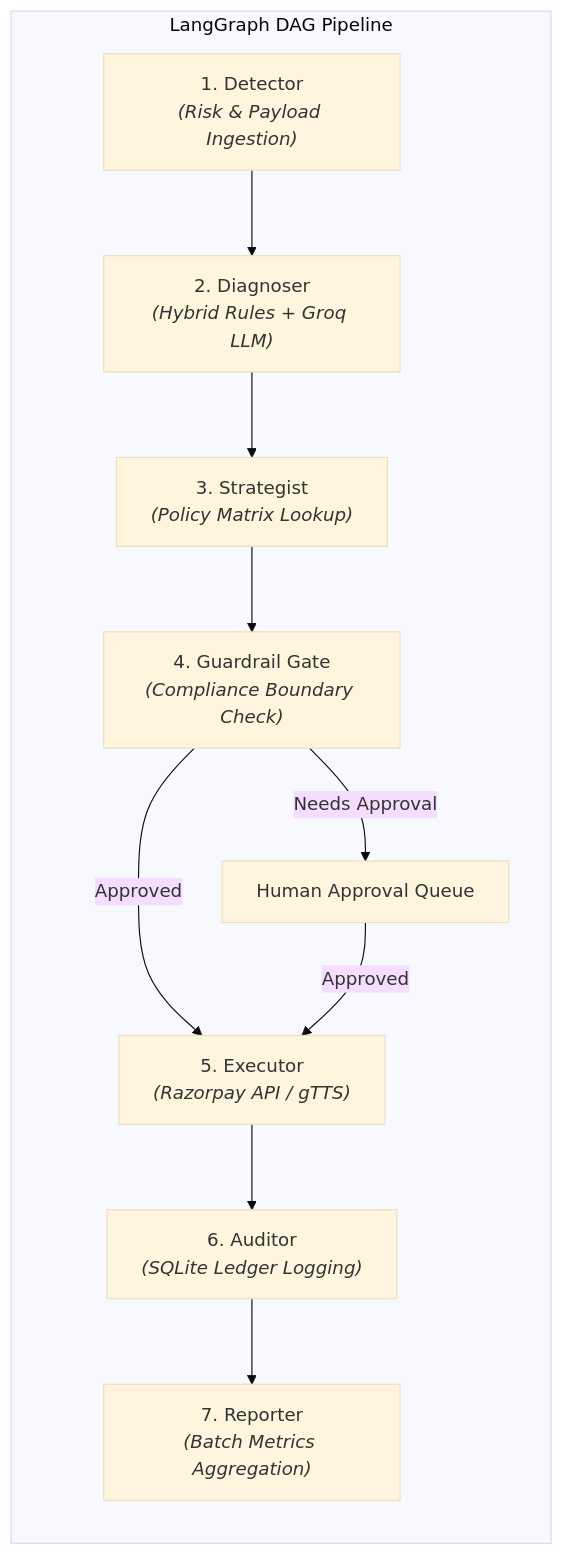
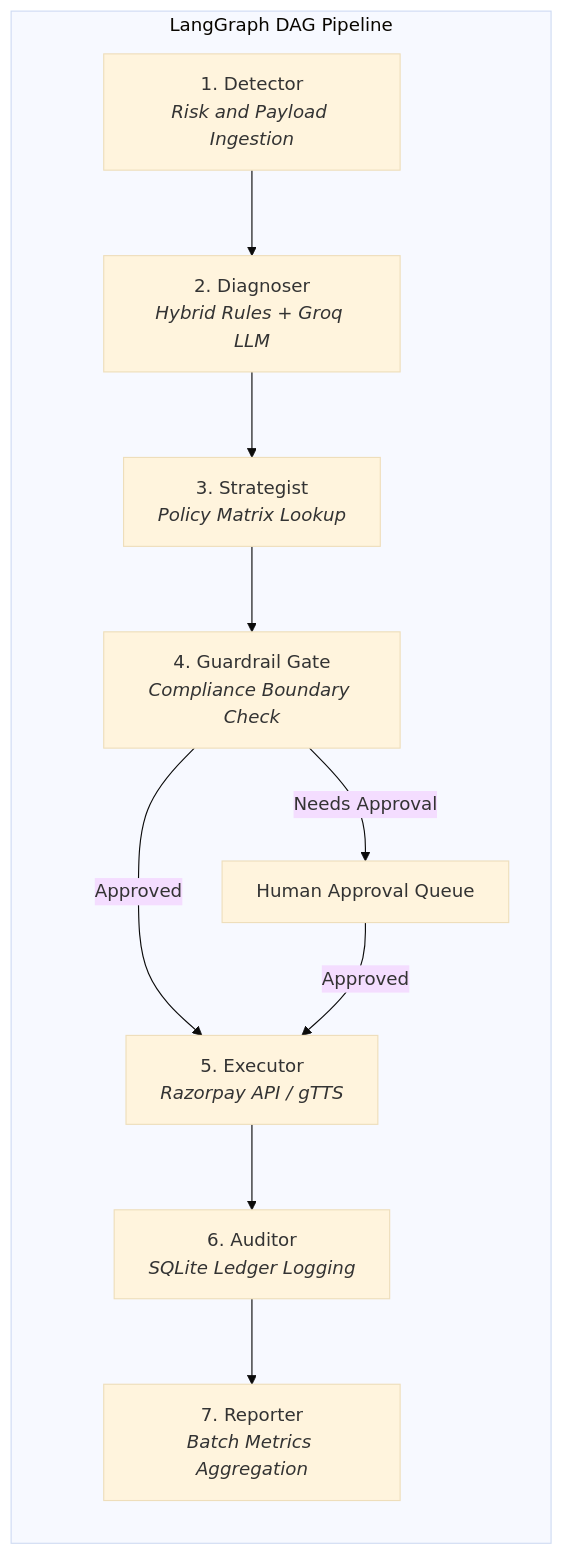
One commit to ankan123basu/vaapsi-agent changed the second of 4 diagrams in docs/architecture.md. Above: the diagram before and after it, drawn with Mermaid (base theme). The commit also changed other lines of this file and 1 other file, not shown here.

Commit message:
fix: resolve Mermaid diagram syntax errors and embed all 4 diagrams in README

````diff
--- a/docs/architecture.md
+++ b/docs/architecture.md
@@ -62,13 +62,13 @@
 ```mermaid
 graph LR
     subgraph LangGraph DAG Pipeline
-        N1["1. Detector<br/><i>(Risk & Payload Ingestion)</i>"] --> N2["2. Diagnoser<br/><i>(Hybrid Rules + Groq LLM)</i>"]
-        N2 --> N3["3. Strategist<br/><i>(Policy Matrix Lookup)</i>"]
-        N3 --> N4["4. Guardrail Gate<br/><i>(Compliance Boundary Check)</i>"]
-        N4 -->|Approved| N5["5. Executor<br/><i>(Razorpay API / gTTS)</i>"]
+        N1["1. Detector<br/><i>Risk and Payload Ingestion</i>"] --> N2["2. Diagnoser<br/><i>Hybrid Rules + Groq LLM</i>"]
+        N2 --> N3["3. Strategist<br/><i>Policy Matrix Lookup</i>"]
+        N3 --> N4["4. Guardrail Gate<br/><i>Compliance Boundary Check</i>"]
+        N4 -->|Approved| N5["5. Executor<br/><i>Razorpay API / gTTS</i>"]
         N4 -->|Needs Approval| QUEUE["Human Approval Queue"]
         QUEUE -->|Approved| N5
-        N5 --> N6["6. Auditor<br/><i>(SQLite Ledger Logging)</i>"]
-        N6 --> N7["7. Reporter<br/><i>(Batch Metrics Aggregation)</i>"]
+        N5 --> N6["6. Auditor<br/><i>SQLite Ledger Logging</i>"]
+        N6 --> N7["7. Reporter<br/><i>Batch Metrics Aggregation</i>"]
     end
 ```
````
